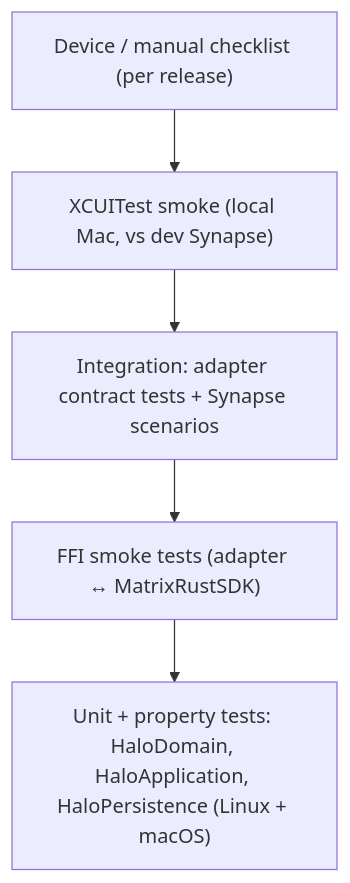
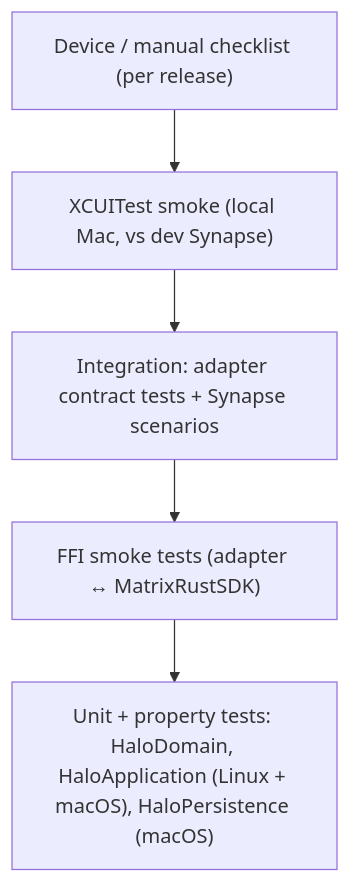
One commit to evan1ee/halo changed the diagram in docs/testing/TEST_STRATEGY.md. Above: the diagram before and after it, drawn with Mermaid. The commit also changed other lines of this file and 13 other files, not shown here.

First line of the commit message:
docs(architecture): add architecture audit and fix doc-vs-code drift

````diff
--- a/docs/testing/TEST_STRATEGY.md
+++ b/docs/testing/TEST_STRATEGY.md
@@ -7,9 +7,9 @@
 ```mermaid
 flowchart TB
   E2E["Device / manual checklist (per release)"]
   UI["XCUITest smoke (local Mac, vs dev Synapse)"]
   INT["Integration: adapter contract tests + Synapse scenarios"]
   FFI["FFI smoke tests (adapter ↔ MatrixRustSDK)"]
-  UNIT["Unit + property tests: HaloDomain, HaloApplication, HaloPersistence (Linux + macOS)"]
+  UNIT["Unit + property tests: HaloDomain, HaloApplication (Linux + macOS), HaloPersistence (macOS)"]
   E2E --> UI --> INT --> FFI --> UNIT
 ```
````
